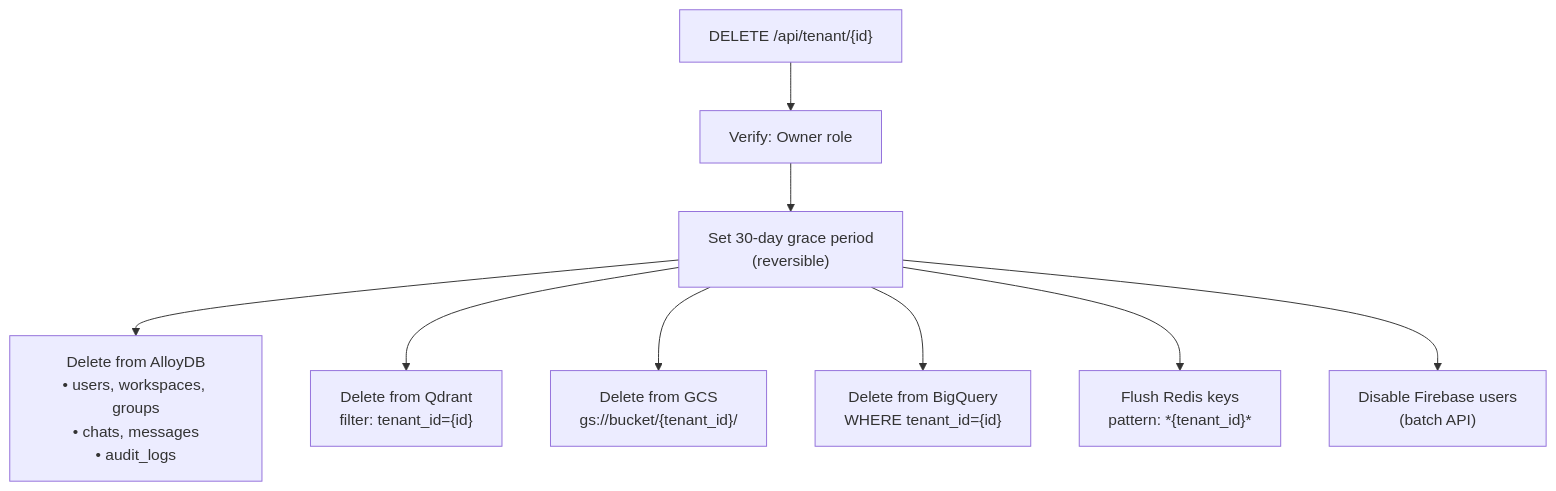
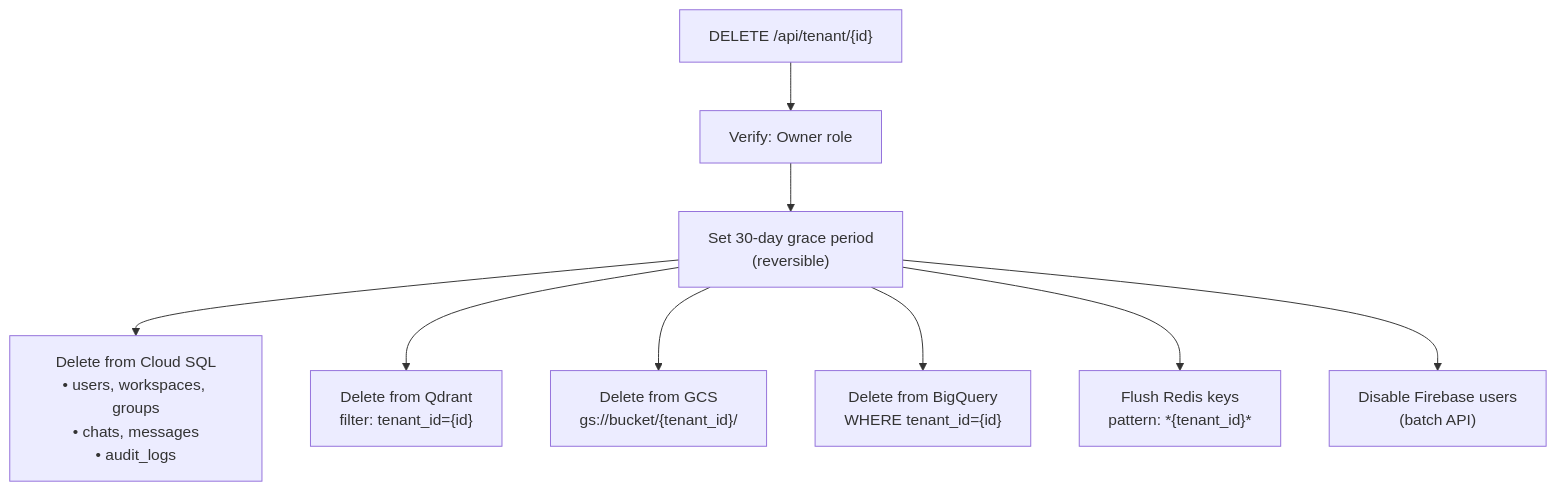
Before and after one commit to Nexus-chat-5039/Nexus-chat: diagram 17 of 24 in ARCHITECTURE.md, drawn with Mermaid. The commit also changed other lines of this file and 38 other files, not shown here.

Commit message:
feat: implement minimal architecture with custom JWT auth

````diff
--- a/ARCHITECTURE.md
+++ b/ARCHITECTURE.md
@@ -1185,11 +1297,11 @@
 ```mermaid
 flowchart TD
     REQ["DELETE /api/tenant/{id}"] --> AUTH["Verify: Owner role"]
     AUTH --> GRACE["Set 30-day grace period\n(reversible)"]
-    GRACE --> PDB["Delete from AlloyDB\n• users, workspaces, groups\n• chats, messages\n• audit_logs"]
+    GRACE --> PDB["Delete from Cloud SQL\n• users, workspaces, groups\n• chats, messages\n• audit_logs"]
     GRACE --> QDRANT["Delete from Qdrant\nfilter: tenant_id={id}"]
     GRACE --> GCS_DEL["Delete from GCS\ngs://bucket/{tenant_id}/"]
     GRACE --> BQ_DEL["Delete from BigQuery\nWHERE tenant_id={id}"]
     GRACE --> REDIS_DEL["Flush Redis keys\npattern: *{tenant_id}*"]
     GRACE --> FB_DEL["Disable Firebase users\n(batch API)"]
 ```
````
